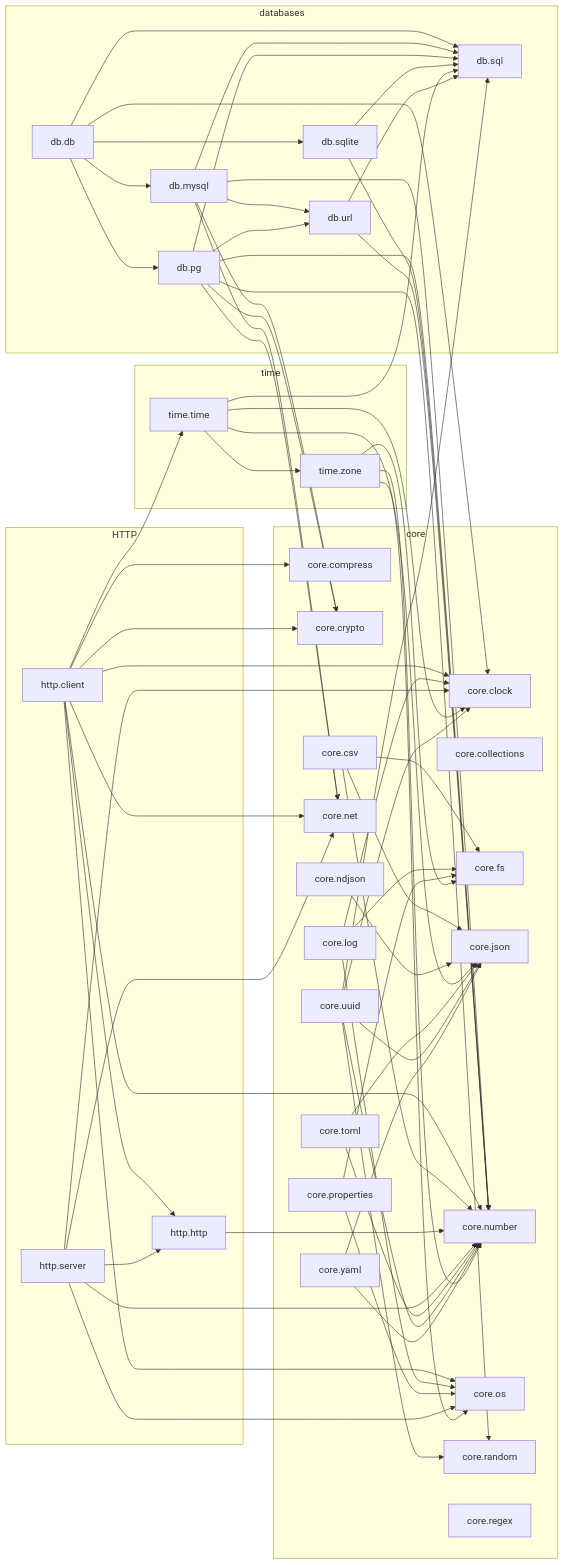
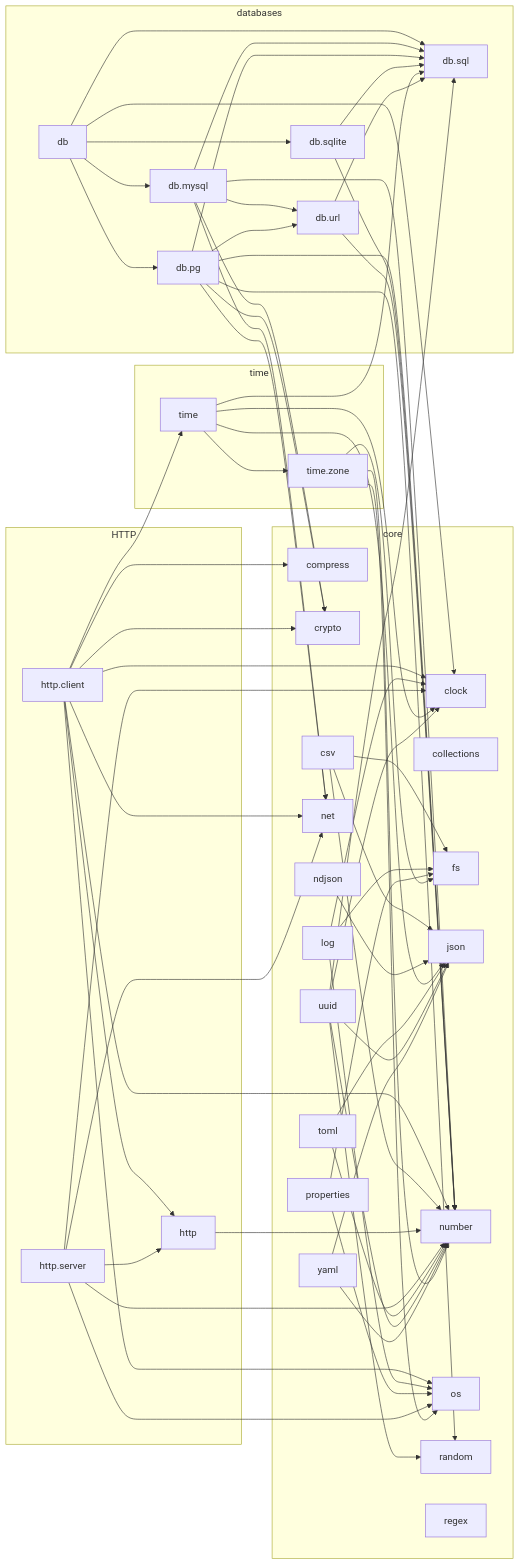
The diagram in docs/lib/dependencies.md (vasnatech/ziman), drawn with Mermaid before and after one commit. The commit also changed other lines of this file and 2 other files, not shown here.

Commit message:
library map: drop the core prefix and the folder when it repeats the module (time, db, http)

````diff
--- a/docs/lib/dependencies.md
+++ b/docs/lib/dependencies.md
@@ -8,27 +8,27 @@
 ```mermaid
 flowchart LR
     subgraph group_core["core"]
-        clock["core.clock"]
-        collections["core.collections"]
-        compress["core.compress"]
-        crypto["core.crypto"]
-        csv["core.csv"]
-        fs["core.fs"]
-        json["core.json"]
-        log["core.log"]
-        ndjson["core.ndjson"]
-        net["core.net"]
-        number["core.number"]
-        os["core.os"]
-        properties["core.properties"]
-        random["core.random"]
-        regex["core.regex"]
-        toml["core.toml"]
-        uuid["core.uuid"]
-        yaml["core.yaml"]
+        clock["clock"]
+        collections["collections"]
+        compress["compress"]
+        crypto["crypto"]
+        csv["csv"]
+        fs["fs"]
+        json["json"]
+        log["log"]
+        ndjson["ndjson"]
+        net["net"]
+        number["number"]
+        os["os"]
+        properties["properties"]
+        random["random"]
+        regex["regex"]
+        toml["toml"]
+        uuid["uuid"]
+        yaml["yaml"]
     end
     subgraph group_db["databases"]
-        db["db.db"]
+        db["db"]
         mysql["db.mysql"]
         pg["db.pg"]
         sql["db.sql"]
@@ -37,11 +37,11 @@
     end
     subgraph group_http["HTTP"]
         client["http.client"]
-        http["http.http"]
+        http["http"]
         server["http.server"]
     end
     subgraph group_time["time"]
-        time["time.time"]
+        time["time"]
         zone["time.zone"]
     end
     client --> clock
````
